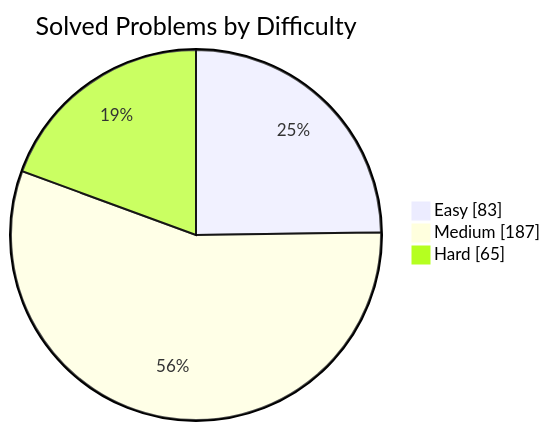
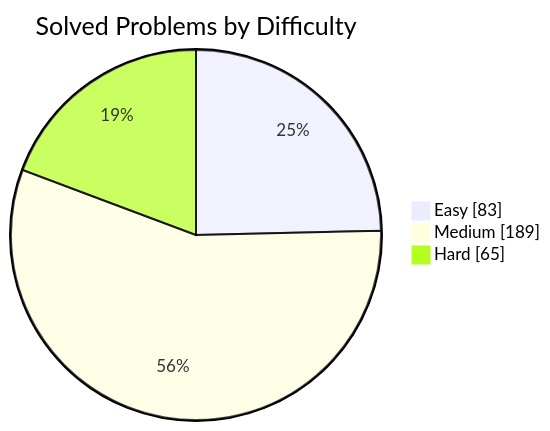
One commit to manikantbindass/DSA-Preparation-FAANG changed the first of 2 diagrams in README.md. Above: the diagram before and after it, drawn with Mermaid. The commit also changed other lines of this file and 1 other file, not shown here.

````diff
--- a/README.md
+++ b/README.md
@@ -77,7 +77,7 @@
 ```mermaid
 pie showData
     title Solved Problems by Difficulty
     "Easy" : 83
-    "Medium" : 187
+    "Medium" : 189
     "Hard" : 65
 ```
````
